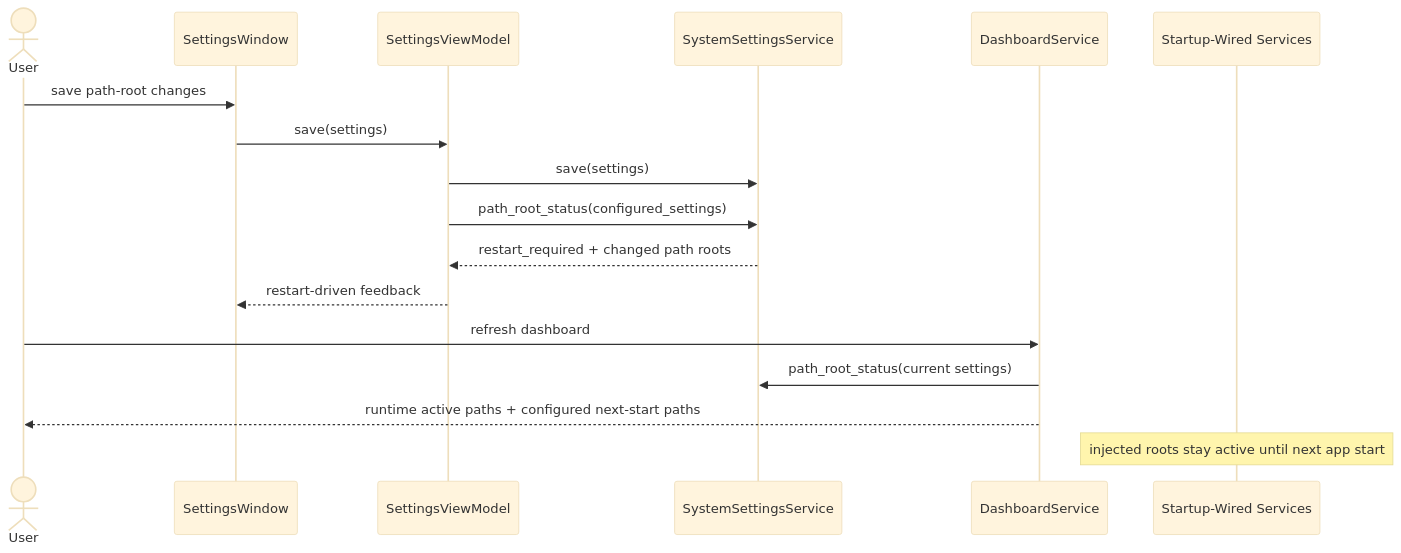
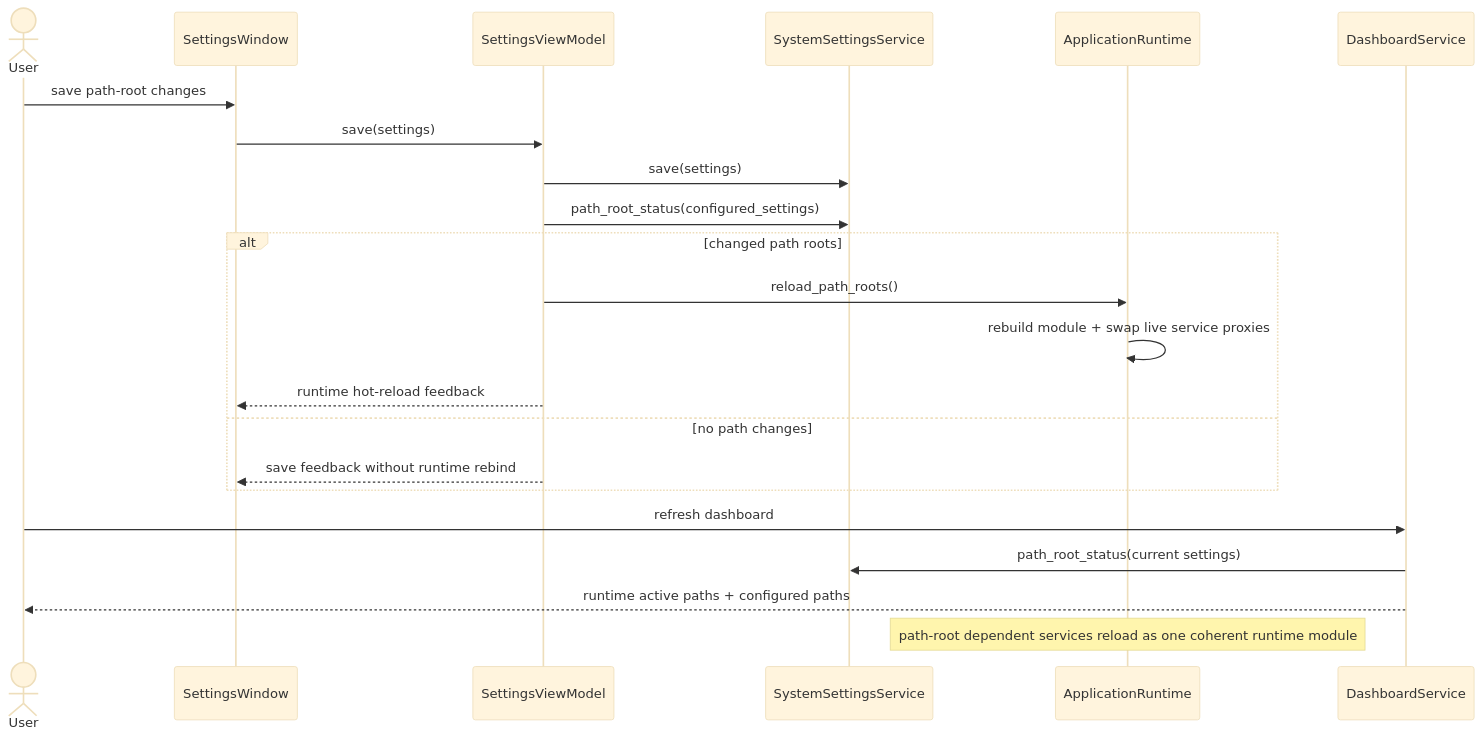
Before and after one commit to idev006/MTClipFactory: diagram 11 of 14 in doc/10_UML_System_Overview.md, drawn with Mermaid (base theme). The commit also changed other lines of this file and 18 other files, not shown here.

Commit message:
Deliver IR-14 path root hot reload

````diff
--- a/doc/10_UML_System_Overview.md
+++ b/doc/10_UML_System_Overview.md
@@ -514,20 +525,25 @@
 ```mermaid
 sequenceDiagram
     actor User
     participant SettingsView as SettingsWindow
     participant SettingsVM as SettingsViewModel
     participant Settings as SystemSettingsService
+    participant Runtime as ApplicationRuntime
     participant Dash as DashboardService
-    participant Runtime as Startup-Wired Services
 
     User->>SettingsView: save path-root changes
     SettingsView->>SettingsVM: save(settings)
     SettingsVM->>Settings: save(settings)
     SettingsVM->>Settings: path_root_status(configured_settings)
-    Settings-->>SettingsVM: restart_required + changed path roots
-    SettingsVM-->>SettingsView: restart-driven feedback
+    alt changed path roots
+        SettingsVM->>Runtime: reload_path_roots()
+        Runtime->>Runtime: rebuild module + swap live service proxies
+        SettingsVM-->>SettingsView: runtime hot-reload feedback
+    else no path changes
+        SettingsVM-->>SettingsView: save feedback without runtime rebind
+    end
     User->>Dash: refresh dashboard
     Dash->>Settings: path_root_status(current settings)
-    Dash-->>User: runtime active paths + configured next-start paths
-    Note over Runtime: injected roots stay active until next app start
+    Dash-->>User: runtime active paths + configured paths
+    Note over Runtime: path-root dependent services reload as one coherent runtime module
 ```
````
